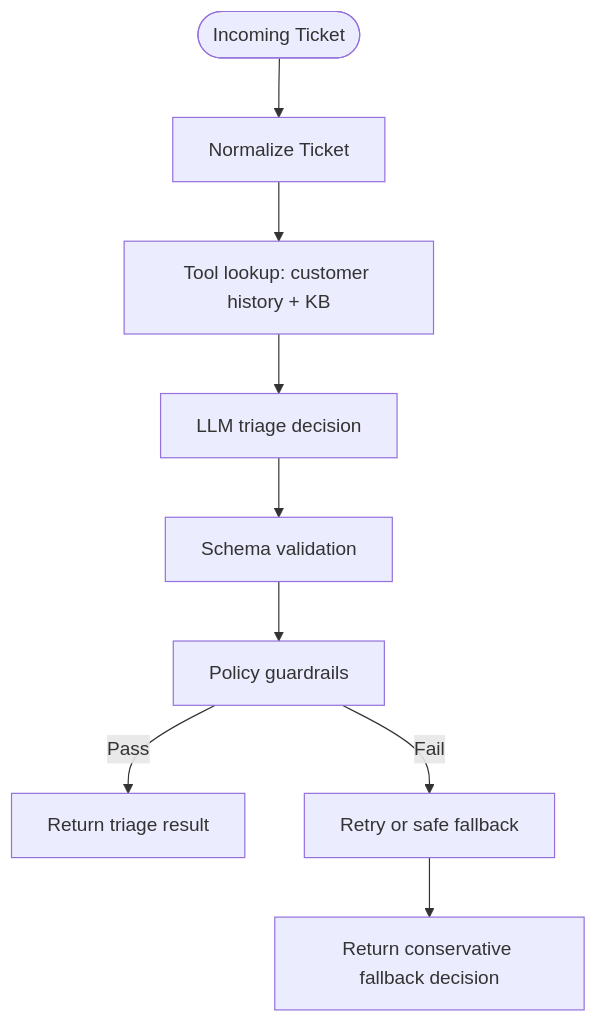
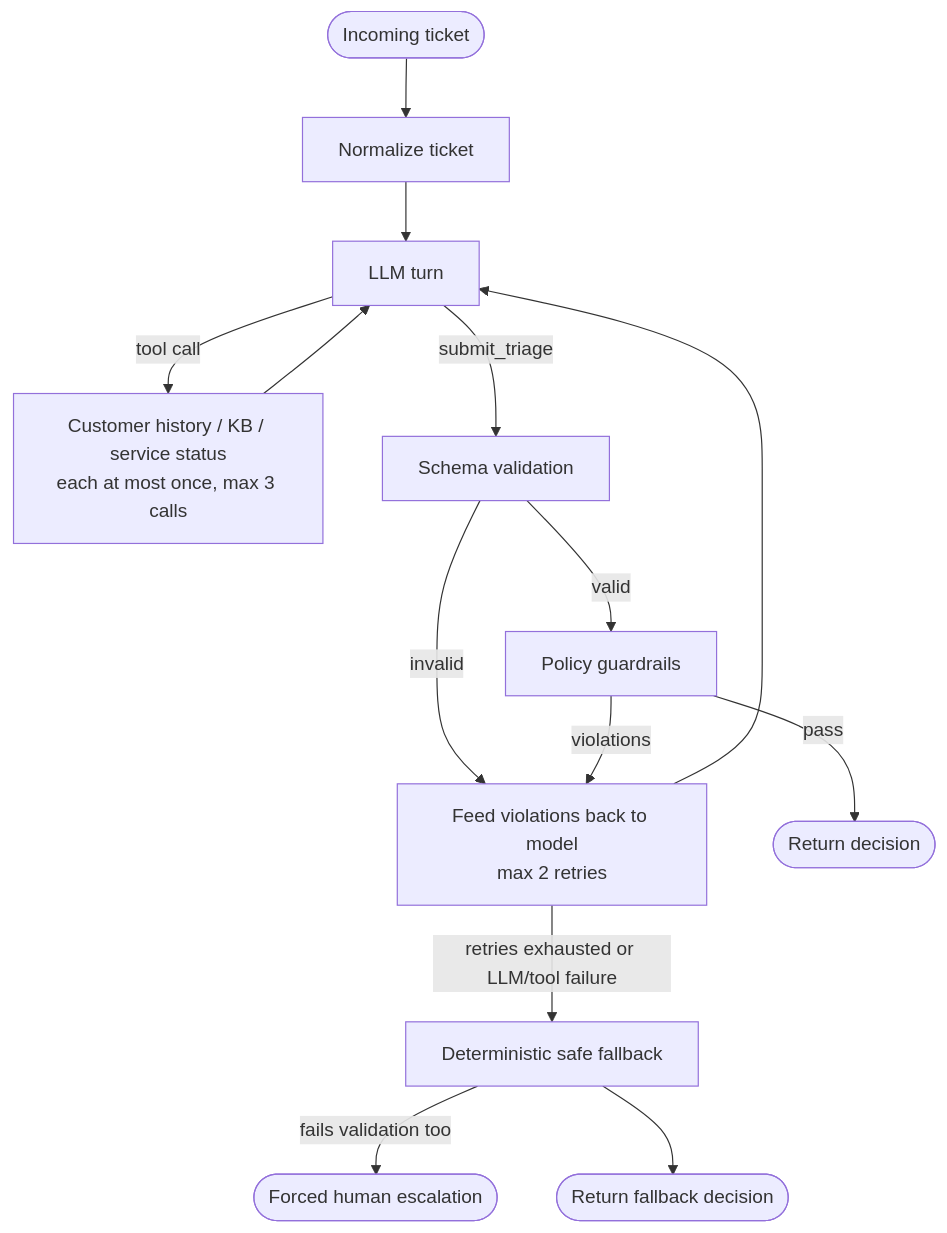
Before and after one commit to godman32770/SupportTicket-TriageAgent: the diagram in README.md, drawn with Mermaid. The commit also changed other lines of this file, not shown here.

````diff
--- a/README.md
+++ b/README.md
@@ -460,11 +95,16 @@
 ```mermaid
 flowchart TD
-   A([Incoming Ticket]) --> B[Normalize Ticket]
-   B --> C[Tool lookup: customer history + KB]
-   C --> D[LLM triage decision]
-   D --> E[Schema validation]
-   E --> F[Policy guardrails]
-   F -->|Pass| G[Return triage result]
-   F -->|Fail| H[Retry or safe fallback]
-   H --> I[Return conservative fallback decision]
+   A([Incoming ticket]) --> B[Normalize ticket]
+   B --> C[LLM turn]
+   C -->|tool call| T[Customer history / KB / service status<br/>each at most once, max 3 calls]
+   T --> C
+   C -->|submit_triage| E[Schema validation]
+   E -->|invalid| R
+   E -->|valid| F[Policy guardrails]
+   F -->|pass| G([Return decision])
+   F -->|violations| R[Feed violations back to model<br/>max 2 retries]
+   R --> C
+   R -->|retries exhausted or LLM/tool failure| H[Deterministic safe fallback]
+   H -->|fails validation too| I([Forced human escalation])
+   H --> J([Return fallback decision])
 ```
````
